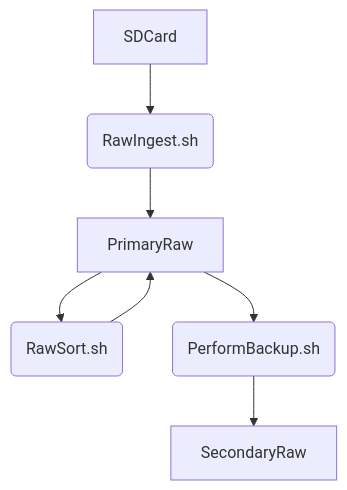
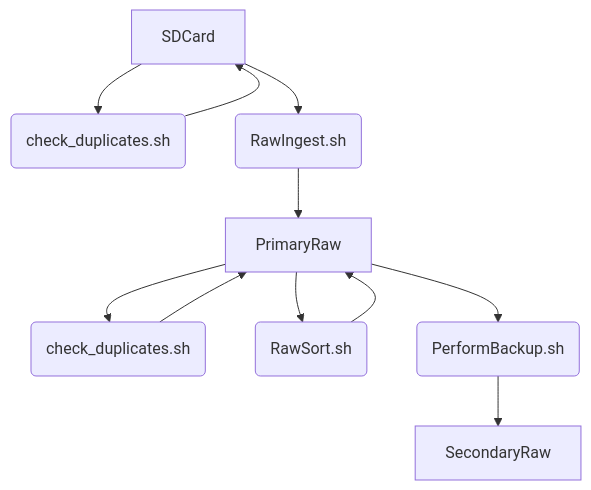
One commit to barry4356/dione changed the first of 2 diagrams in README.md. Above: the diagram before and after it, drawn with Mermaid. The commit also changed other lines of this file, not shown here.

````diff
--- a/README.md
+++ b/README.md
@@ -19,9 +19,13 @@
 ``` mermaid
 graph TD;
+    SDCard --> CD1(check_duplicates.sh);
+    CD1(check_duplicates.sh) --> SDCard;
     SDCard --> RI(RawIngest.sh);
     RI(RawIngest.sh) --> PrimaryRaw;
+    PrimaryRaw --> CD2(check_duplicates.sh);
+    CD2(check_duplicates.sh) --> PrimaryRaw;
     PrimaryRaw --> RS(RawSort.sh);
     RS(RawSort.sh) --> PrimaryRaw;
     PrimaryRaw --> PB(PerformBackup.sh);
     PB(PerformBackup.sh) --> SecondaryRaw;
 ```
````
